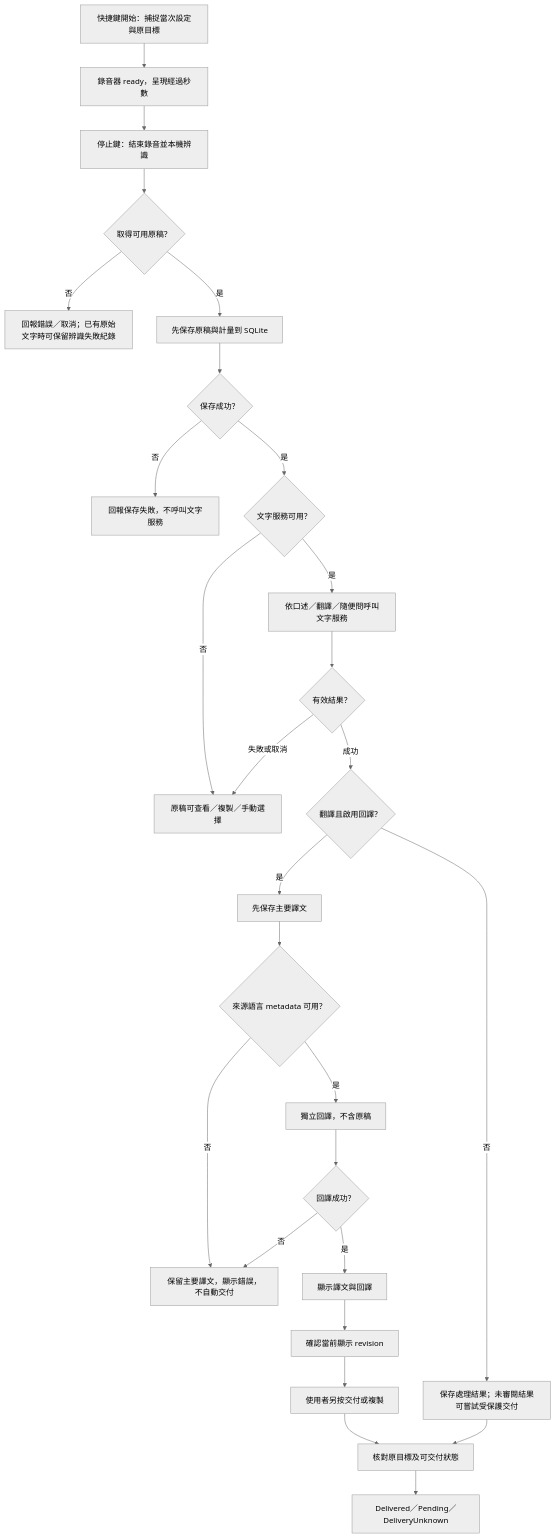
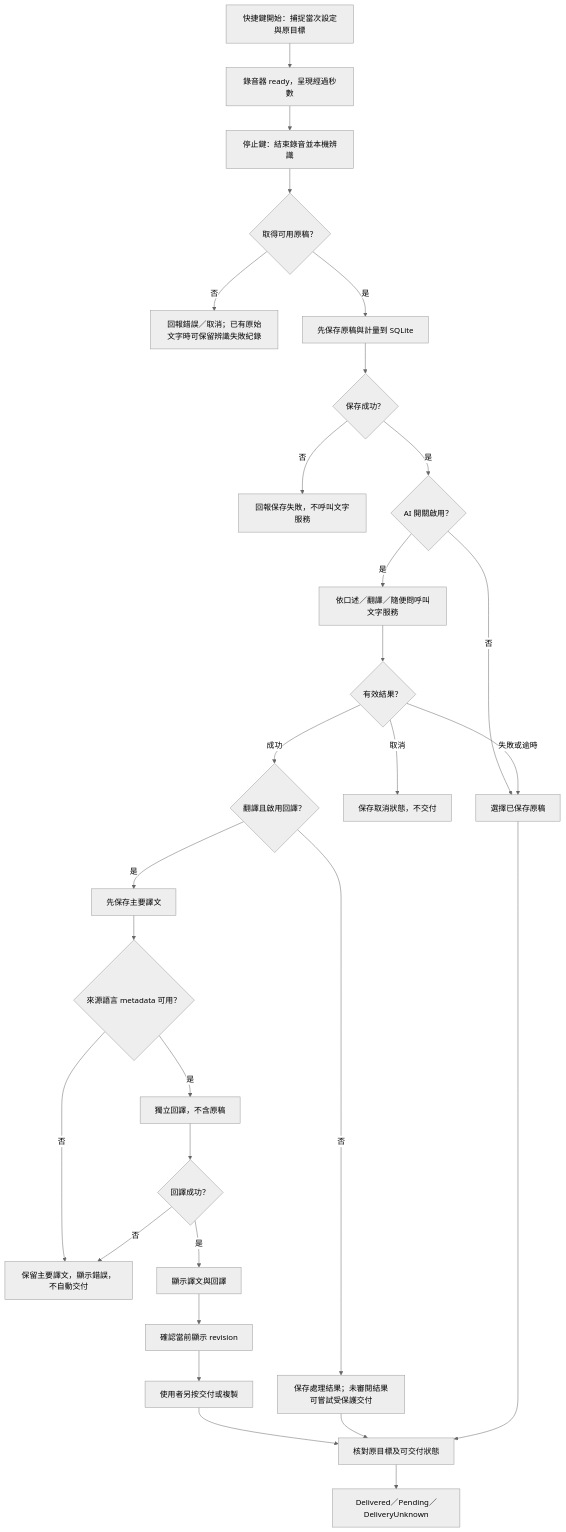
The second of 5 diagrams in development.md (swchen44/notype), drawn with Mermaid (neutral theme) before and after one commit. The commit also changed other lines of this file and 4 other files, not shown here.

````diff
--- a/development.md
+++ b/development.md
@@ -82,29 +82,31 @@
 ```mermaid
 flowchart TD
     Start["快捷鍵開始：捕捉當次設定與原目標"] --> Ready["錄音器 ready，呈現經過秒數"]
     Ready --> Stop["停止鍵：結束錄音並本機辨識"]
     Stop --> ASR{"取得可用原稿？"}
     ASR -->|否| Failure["回報錯誤／取消；已有原始文字時可保留辨識失敗紀錄"]
     ASR -->|是| Save["先保存原稿與計量到 SQLite"]
     Save --> Saved{"保存成功？"}
     Saved -->|否| Storage["回報保存失敗，不呼叫文字服務"]
-    Saved -->|是| Config{"文字服務可用？"}
-    Config -->|否| Original["原稿可查看／複製／手動選擇"]
+    Saved -->|是| Config{"AI 開關啟用？"}
+    Config -->|否| Original["選擇已保存原稿"]
     Config -->|是| Process["依口述／翻譯／隨便問呼叫文字服務"]
     Process --> Result{"有效結果？"}
-    Result -->|失敗或取消| Original
+    Result -->|失敗或逾時| Original
+    Result -->|取消| Cancelled["保存取消狀態，不交付"]
     Result -->|成功| Review{"翻譯且啟用回譯？"}
     Review -->|是| Primary["先保存主要譯文"]
     Primary --> SourceKnown{"來源語言 metadata 可用？"}
     SourceKnown -->|是| Reverse["獨立回譯，不含原稿"]
     SourceKnown -->|否| ReviewFailure["保留主要譯文，顯示錯誤，不自動交付"]
     Reverse --> ReverseOK{"回譯成功？"}
     ReverseOK -->|否| ReviewFailure
     ReverseOK -->|是| Compare["顯示譯文與回譯"]
     Compare --> Confirm["確認當前顯示 revision"]
     Confirm --> Explicit["使用者另按交付或複製"]
     Review -->|否| Pending["保存處理結果；未審閱結果可嘗試受保護交付"]
     Explicit --> Guard["核對原目標及可交付狀態"]
     Pending --> Guard
+    Original --> Guard
     Guard --> Outcome["Delivered／Pending／DeliveryUnknown"]
 ```
````
